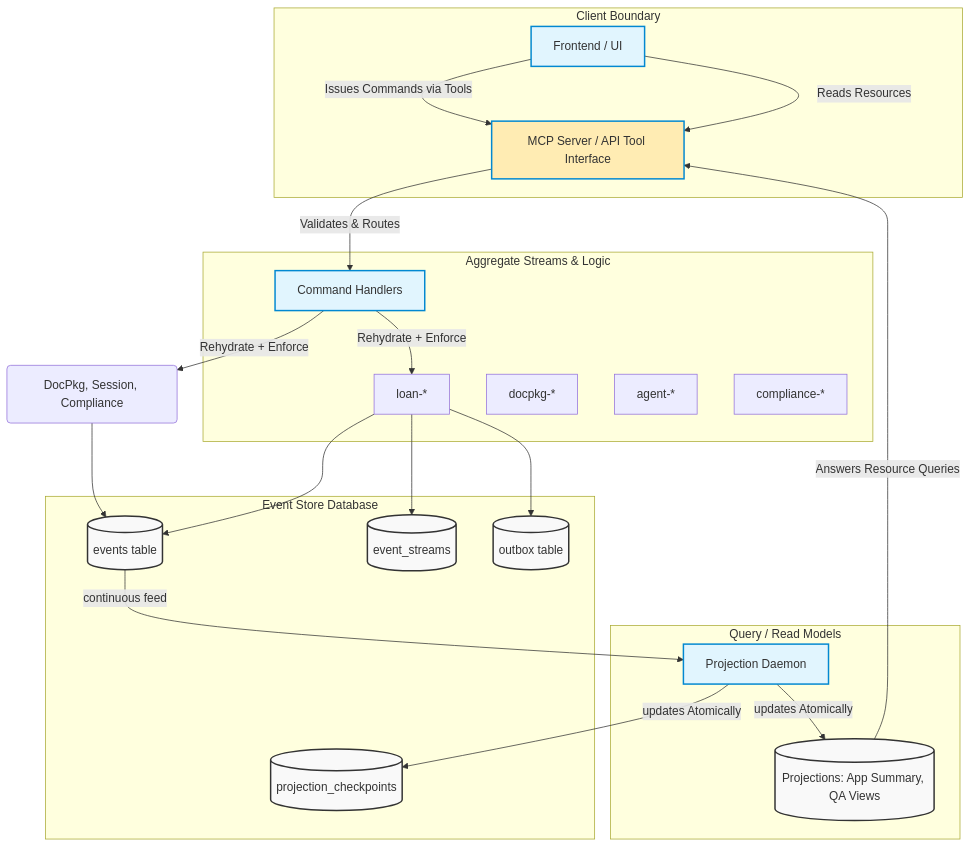
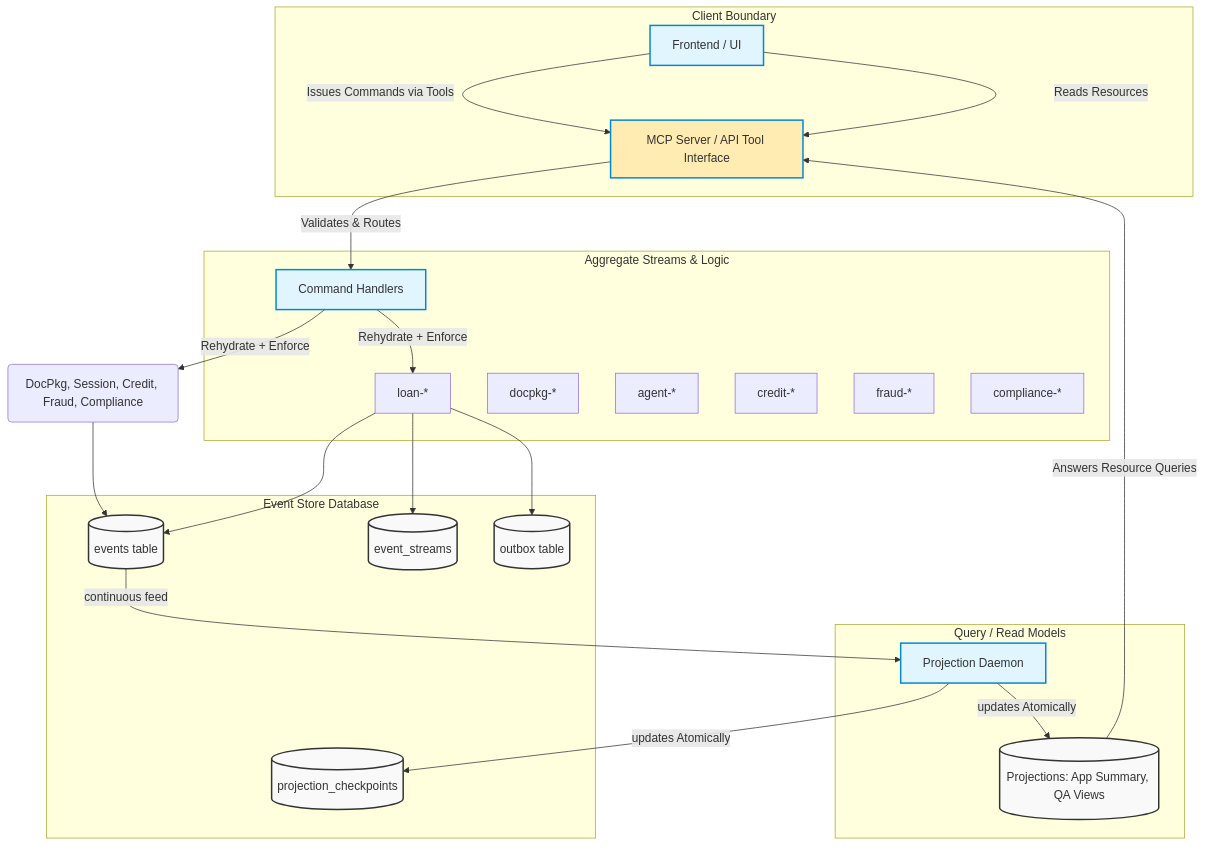
One commit to Gersum/The_Ledger_2 changed the second of 2 diagrams in FINAL_REPORT.md. Above: the diagram before and after it, drawn with Mermaid. The commit also changed other lines of this file, not shown here.

Commit message:
Level 5 Final: Add exact upcaster python code, PG concurrency locking constraints, projection SLO justifications, and fix mermaid aggregate alignments to text.

````diff
--- a/FINAL_REPORT.md
+++ b/FINAL_REPORT.md
@@ -314,49 +314,51 @@
 ```mermaid
 flowchart TD
     classDef datastore fill:#f9f9f9,stroke:#333,stroke-width:2px;
     classDef component fill:#e1f5fe,stroke:#0288d1,stroke-width:2px;
     classDef mcp fill:#ffecb3,stroke:#0288d1,stroke-width:2px;
     
     subgraph Client Boundary
         UI[Frontend / UI]:::component
         MCP[MCP Server / API Tool Interface]:::mcp
     end
     
     UI --> |Issues Commands via Tools| MCP
     UI --> |Reads Resources| MCP
 
     subgraph Event Store Database
         Events[(events table)]:::datastore
         Streams[(event_streams)]:::datastore
         Outbox[(outbox table)]:::datastore
         Checkpoints[(projection_checkpoints)]:::datastore
     end
 
     subgraph Aggregate Streams & Logic
         Handlers[Command Handlers]:::component
         Loan[loan-*]
         DocPkg[docpkg-*]
         Session[agent-*]
+        Credit[credit-*]
+        Fraud[fraud-*]
         Compliance[compliance-*]
     end
     
     MCP --> |Validates & Routes| Handlers
     Handlers --> |Rehydrate + Enforce| Loan
-    Handlers --> |Rehydrate + Enforce| Option(DocPkg, Session, Compliance)
+    Handlers --> |Rehydrate + Enforce| Option(DocPkg, Session, Credit, Fraud, Compliance)
     
-    Option(DocPkg, Session, Compliance) --> Events
+    Option(DocPkg, Session, Credit, Fraud, Compliance) --> Events
     Loan --> Events
     Loan --> Streams
     Loan --> Outbox
 
     subgraph Query / Read Models
         ProjDaemon[Projection Daemon]:::component
         ReadModels[(Projections: App Summary, QA Views)]:::datastore
     end
     
     Events -- continuous feed --> ProjDaemon
     ProjDaemon -- updates Atomically --> ReadModels
     ProjDaemon -- updates Atomically --> Checkpoints
     
     ReadModels -- Answers Resource Queries --> MCP
 ```
````
